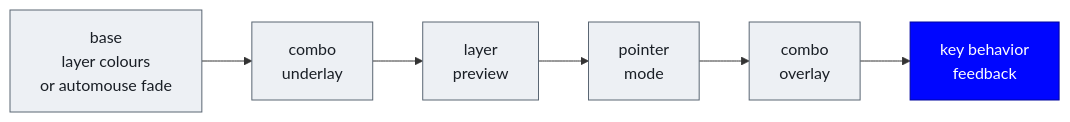
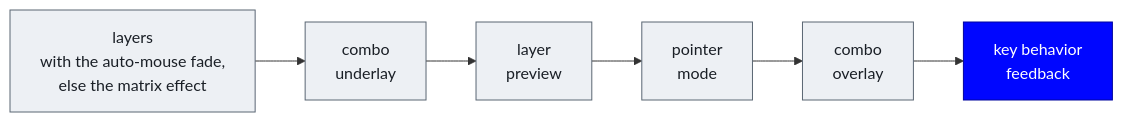
One commit to NoahCLR/charybdis-4x6 changed the first of 5 diagrams in docs/RGB_IMPLEMENTATION.md. Above: the diagram before and after it, drawn with Mermaid. The commit also changed other lines of this file and 26 other files, not shown here.

````diff
--- a/docs/RGB_IMPLEMENTATION.md
+++ b/docs/RGB_IMPLEMENTATION.md
@@ -15,15 +20,15 @@
 ```mermaid
 flowchart LR
-    B["base<br>layer colours<br>or automouse fade"] --> CU["combo<br>underlay"]
+    B["layers<br>with the auto-mouse fade,<br>else the matrix effect"] --> CU["combo<br>underlay"]
     CU --> PV["layer<br>preview"]
     PV --> PD["pointer<br>mode"]
     PD --> CO["combo<br>overlay"]
     CO --> KF["key behavior<br>feedback"]
 
     style B fill:#EDF0F4,stroke:#5A6673,color:#1A1F26
     style CU fill:#EDF0F4,stroke:#5A6673,color:#1A1F26
     style PV fill:#EDF0F4,stroke:#5A6673,color:#1A1F26
     style PD fill:#EDF0F4,stroke:#5A6673,color:#1A1F26
     style CO fill:#EDF0F4,stroke:#5A6673,color:#1A1F26
     style KF fill:#0006FF,stroke:#00049E,color:#FFFFFF
 ```
````
